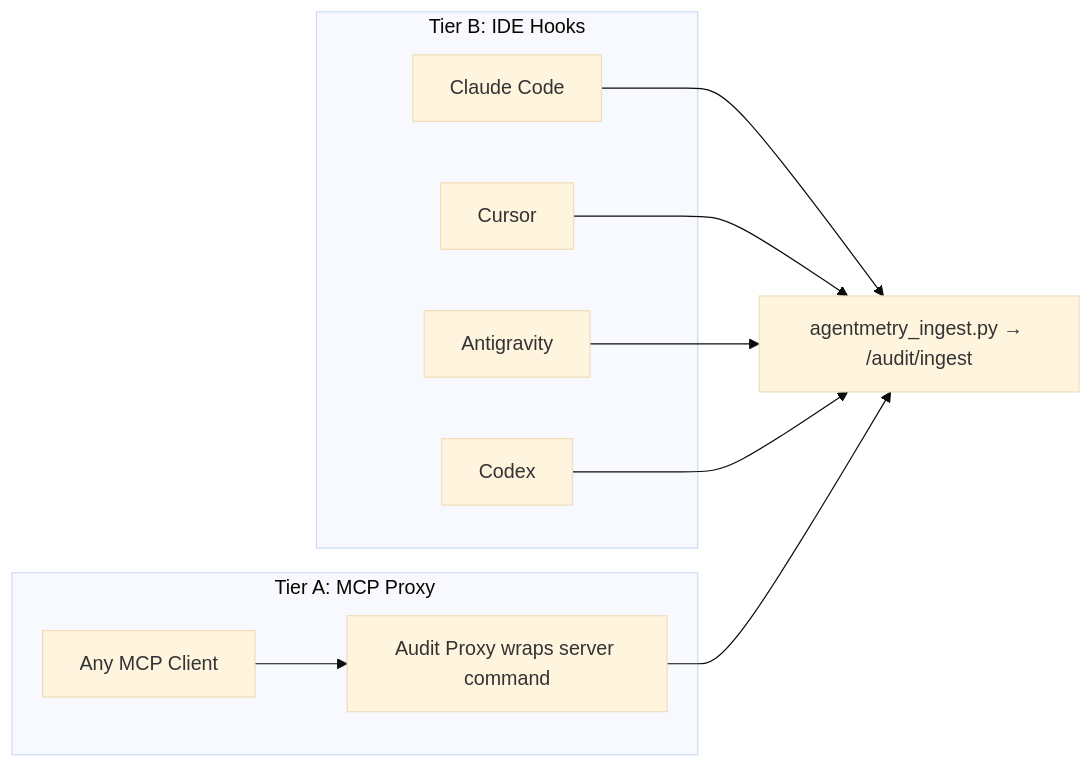
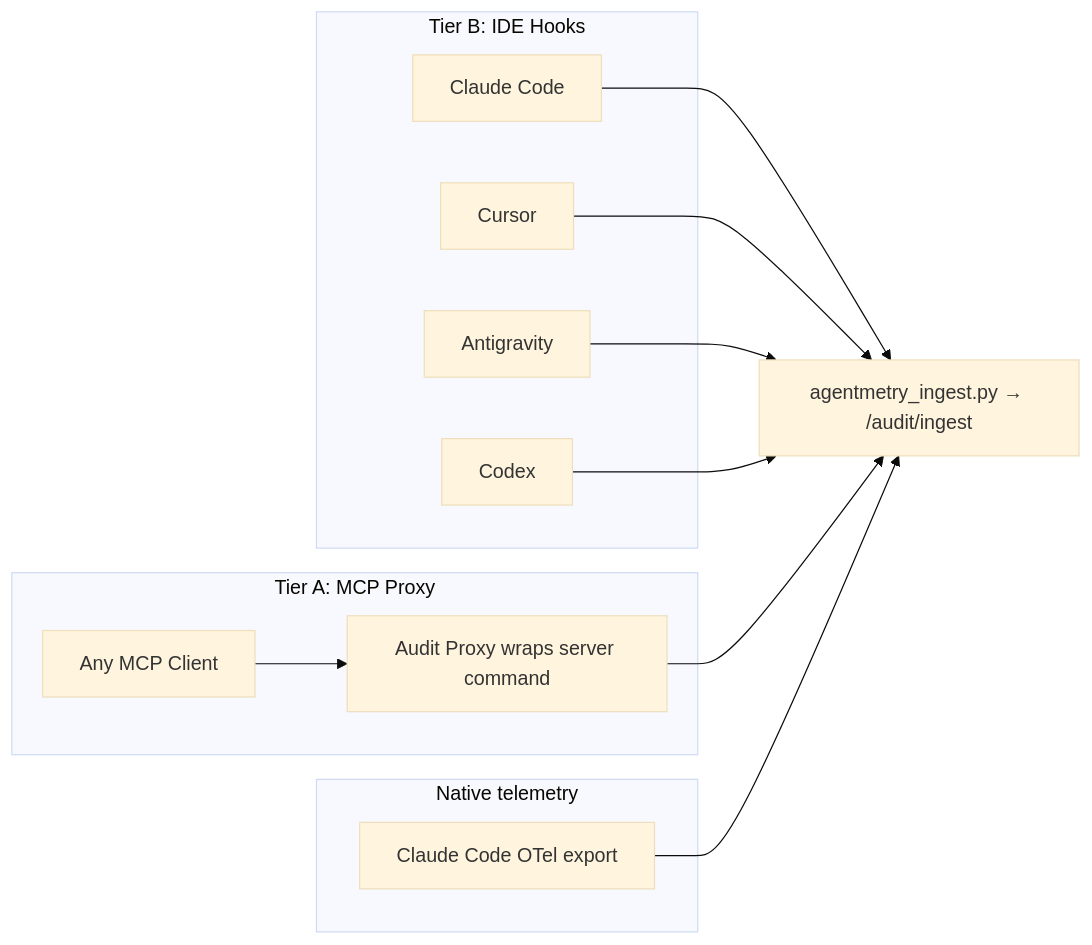
One commit to blitzcrieg1/agentmetry changed the second of 3 diagrams in README.md. Above: the diagram before and after it, drawn with Mermaid (base theme). The commit also changed other lines of this file and 3 other files, not shown here.

First line of the commit message:
docs: the README, roadmap and working notes say what the code does

````diff
--- a/README.md
+++ b/README.md
@@ -337,22 +341,27 @@
 ```mermaid
 flowchart LR
   subgraph TierB["Tier B: IDE Hooks"]
     CL["Claude Code"]
     C["Cursor"]
     AG["Antigravity"]
     CX["Codex"]
   end
 
   subgraph TierA["Tier A: MCP Proxy"]
     MCP["Any MCP Client"]
     WRAP["Audit Proxy wraps server command"]
   end
 
+  subgraph Native["Native telemetry"]
+    OT["Claude Code OTel export"]
+  end
+
   INGEST["agentmetry_ingest.py → /audit/ingest"]
 
   CL --> INGEST
   C --> INGEST
   AG --> INGEST
   CX --> INGEST
   MCP --> WRAP --> INGEST
+  OT --> INGEST
 ```
````
